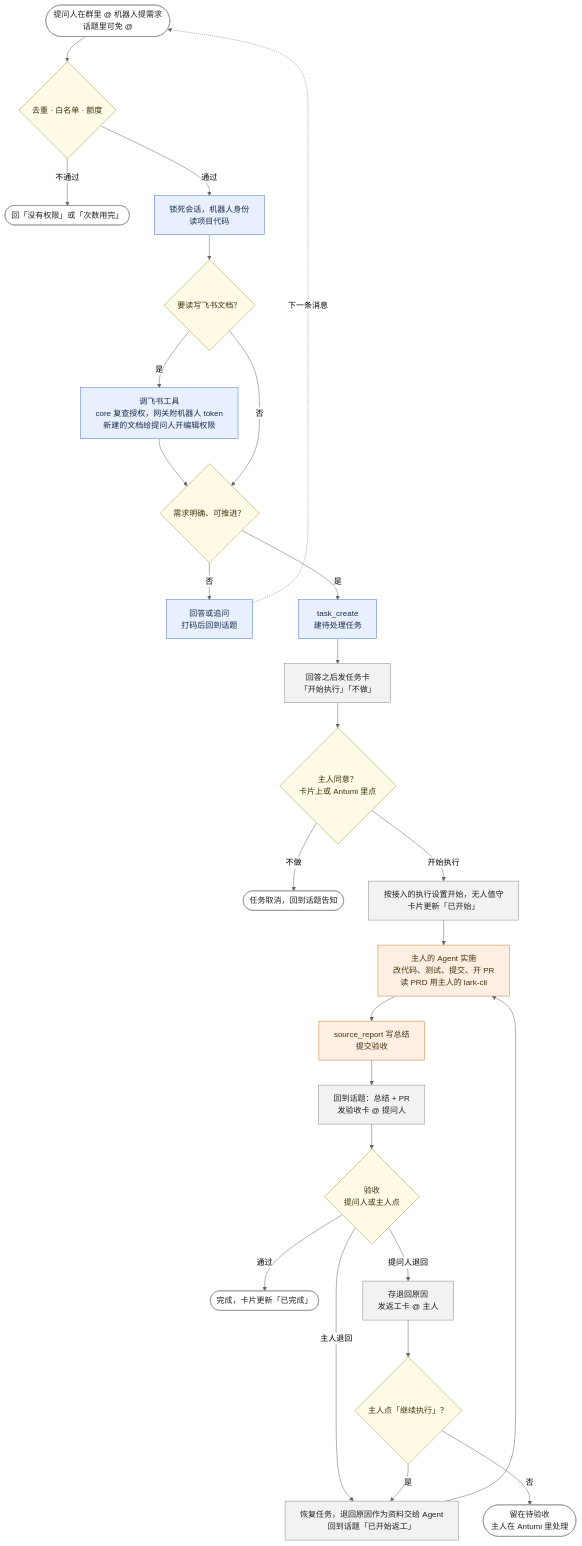
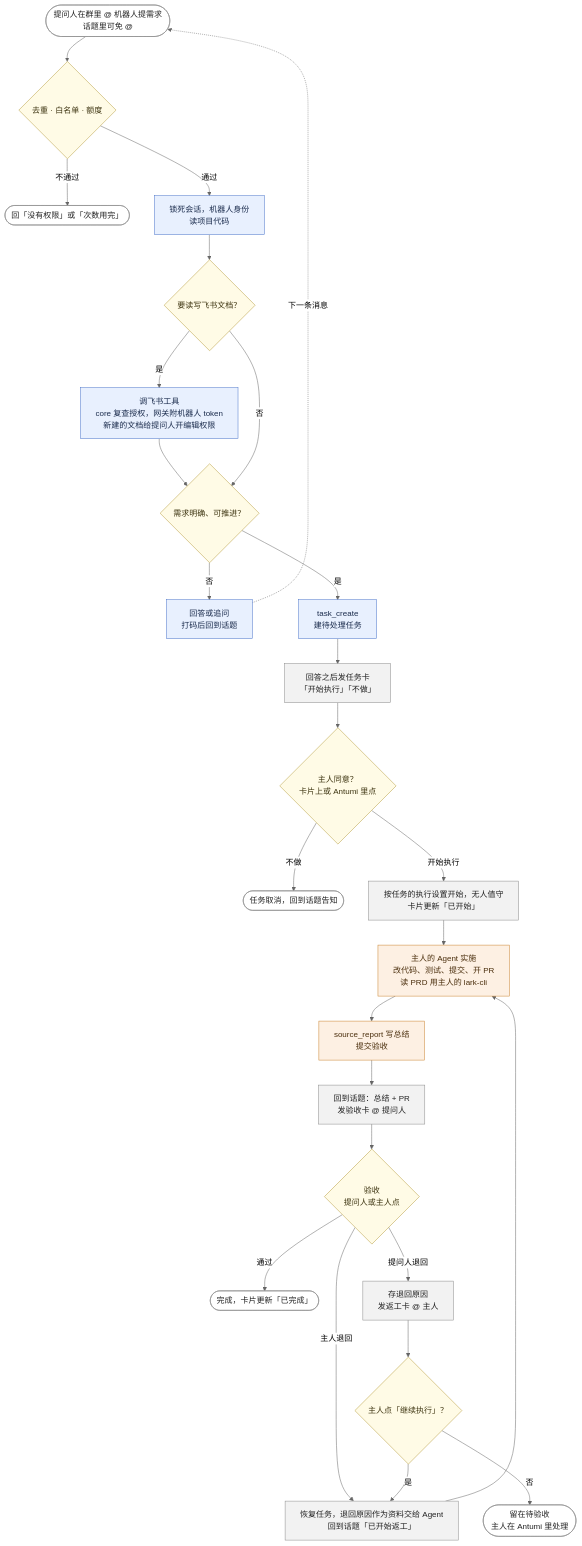
The first of 2 diagrams in docs/CHANNEL-LOOP.md (flyhero/antumi), drawn with Mermaid before and after one commit. The commit also changed other lines of this file and 13 other files, not shown here.

````diff
--- a/docs/CHANNEL-LOOP.md
+++ b/docs/CHANNEL-LOOP.md
@@ -15,40 +15,40 @@
 ```mermaid
 %%{init: {"theme": "neutral", "flowchart": {"wrappingWidth": 320, "curve": "basis"}}}%%
 flowchart TD
   A([提问人在群里 @ 机器人提需求<br/>话题里可免 @]) --> B{去重 · 白名单 · 额度}
   B -- 不通过 --> B1([回「没有权限」或「次数用完」])
   B -- 通过 --> C[锁死会话，机器人身份<br/>读项目代码]
   C --> D{要读写飞书文档？}
   D -- 是 --> E[调飞书工具<br/>core 复查授权，网关附机器人 token<br/>新建的文档给提问人开编辑权限]
   E --> F
   D -- 否 --> F{需求明确、可推进？}
   F -- 否 --> G[回答或追问<br/>打码后回到话题]
   G -. 下一条消息 .-> A
   F -- 是 --> H[task_create<br/>建待处理任务]
   H --> I[回答之后发任务卡<br/>「开始执行」「不做」]
   I --> J{主人同意？<br/>卡片上或 Antumi 里点}
   J -- 不做 --> K([任务取消，回到话题告知])
-  J -- 开始执行 --> S[按接入的执行设置开始，无人值守<br/>卡片更新「已开始」]
+  J -- 开始执行 --> S[按任务的执行设置开始，无人值守<br/>卡片更新「已开始」]
   S --> L[主人的 Agent 实施<br/>改代码、测试、提交、开 PR<br/>读 PRD 用主人的 lark-cli]
   L --> M[source_report 写总结<br/>提交验收]
   M --> N[回到话题：总结 + PR<br/>发验收卡 @ 提问人]
   N --> O{验收<br/>提问人或主人点}
   O -- 通过 --> P([完成，卡片更新「已完成」])
   O -- 主人退回 --> R
   O -- 提问人退回 --> Q[存退回原因<br/>发返工卡 @ 主人]
   Q --> Q2{主人点「继续执行」？}
   Q2 -- 否 --> Q3([留在待验收<br/>主人在 Antumi 里处理])
   Q2 -- 是 --> R[恢复任务，退回原因作为资料交给 Agent<br/>回到话题「已开始返工」]
   R --> L
 
   classDef bot fill:#e8f0fe,stroke:#4a74c9,color:#1a2b4c
   classDef owner fill:#fdf0e3,stroke:#c9822e,color:#4a2e0c
   classDef core fill:#f2f2f2,stroke:#8a8a8a,color:#222
   classDef ends fill:#ffffff,stroke:#8a8a8a,color:#222
   class C,E,G,H bot
   class L,M owner
   class I,N,Q,S,R core
   class A,B1,K,P,Q3 ends
   classDef decision fill:#fffbe6,stroke:#b59b3a,color:#3d3410
   class B,D,F,J,O,Q2 decision
 ```
````
